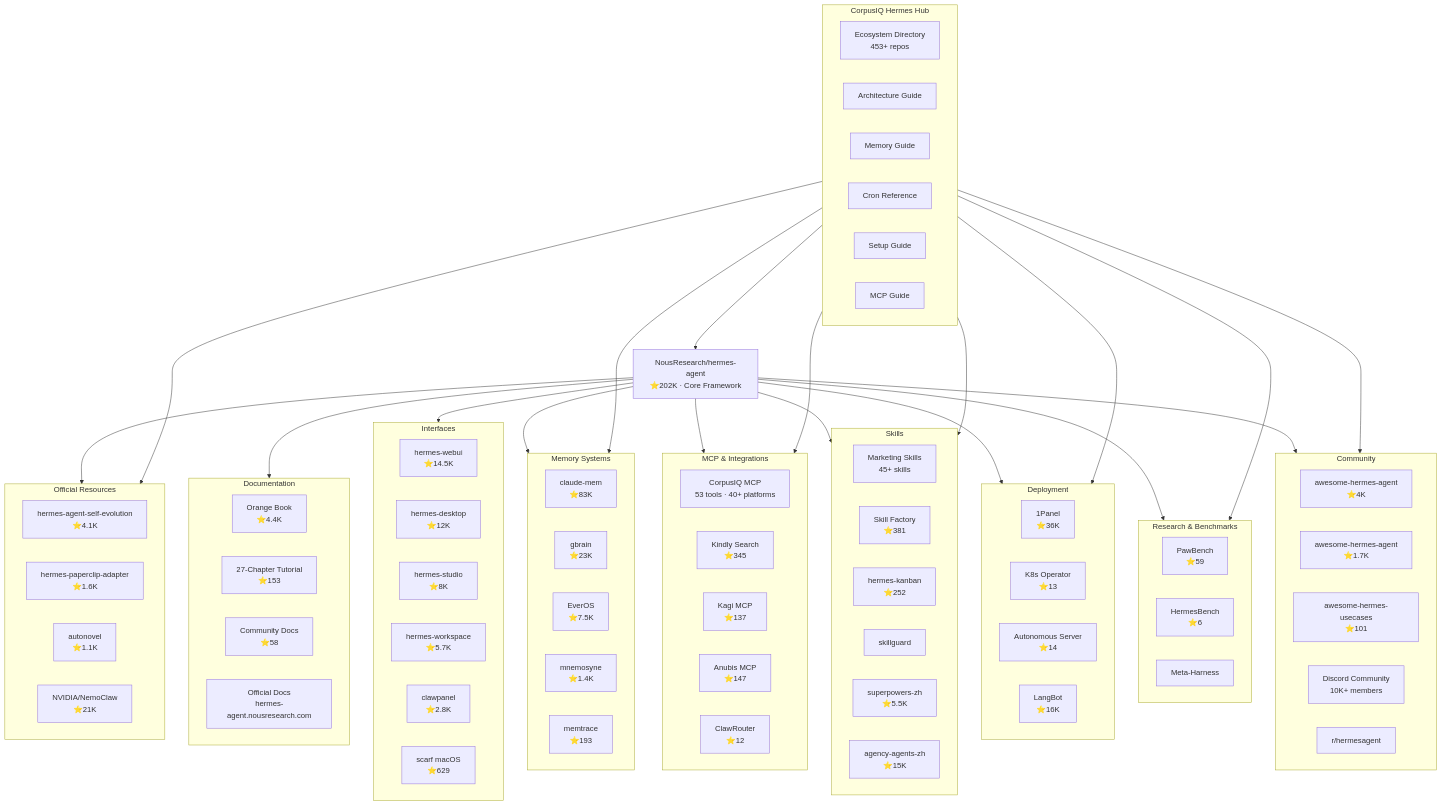
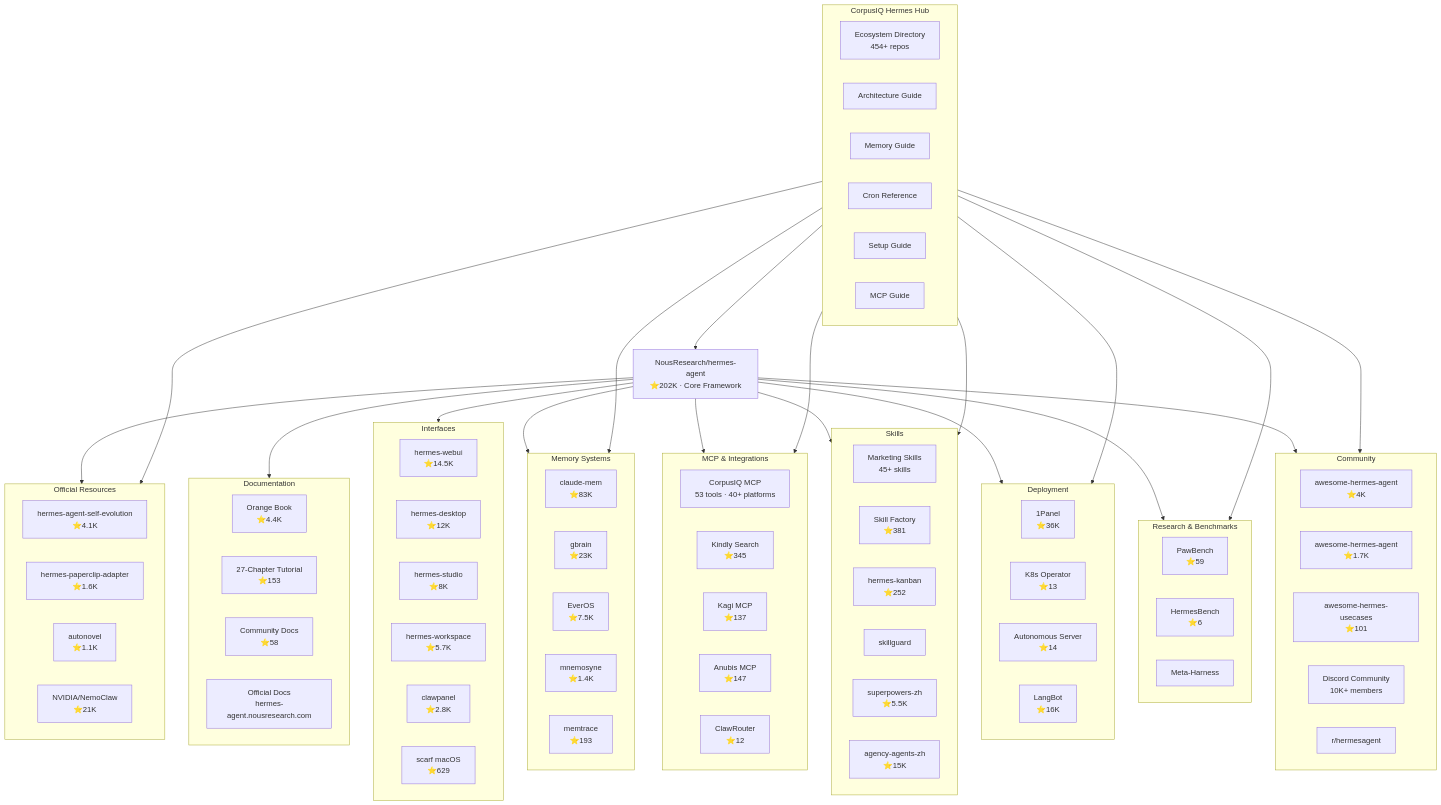
The first of 4 diagrams in hermes/ecosystem-map.md (CorpusIQ/corpusiq-docs), drawn with Mermaid before and after one commit. The commit also changed other lines of this file and 31 other files, not shown here.

```diff
--- a/hermes/ecosystem-map.md
+++ b/hermes/ecosystem-map.md
@@ -88,7 +88,7 @@
     end
 
     subgraph CORPUSIQ_HUB[CorpusIQ Hermes Hub]
-        ECOSYSTEM[Ecosystem Directory<br/>453+ repos]
+        ECOSYSTEM[Ecosystem Directory<br/>454+ repos]
         ARCHITECTURE[Architecture Guide]
         KNOWLEDGE[Memory Guide]
         CRONS[Cron Reference]
```
